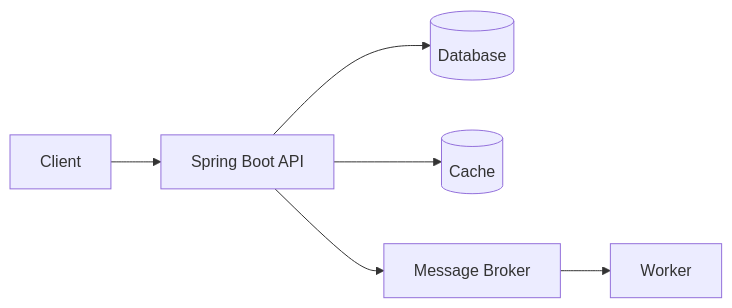
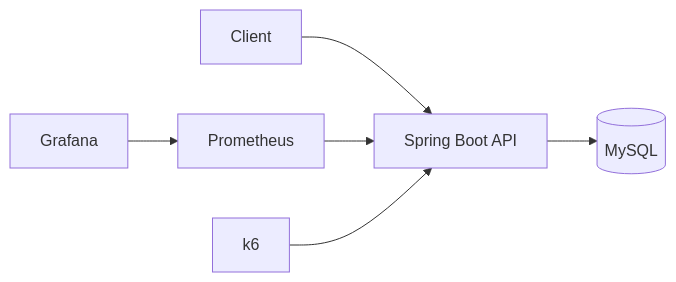
One commit to Backend-System-Design-Lab/01-URL-Shortener changed the first of 2 diagrams in docs/03-architecture.md. Above: the diagram before and after it, drawn with Mermaid. The commit also changed other lines of this file, not shown here.

`````diff
--- a/docs/03-architecture.md
+++ b/docs/03-architecture.md
@@ -12,15 +14,15 @@
 ```mermaid
 flowchart LR
     Client[Client]
     API[Spring Boot API]
-    DB[(Database)]
-    Cache[(Cache)]
-    Queue[Message Broker]
-    Worker[Worker]
+    DB[(MySQL)]
+    Metrics[Prometheus]
+    Dashboard[Grafana]
+    LoadTest[k6]
 
     Client --> API
     API --> DB
-    API --> Cache
-    API --> Queue
-    Queue --> Worker
-````
+    Metrics --> API
+    Dashboard --> Metrics
+    LoadTest --> API
+```
`````
